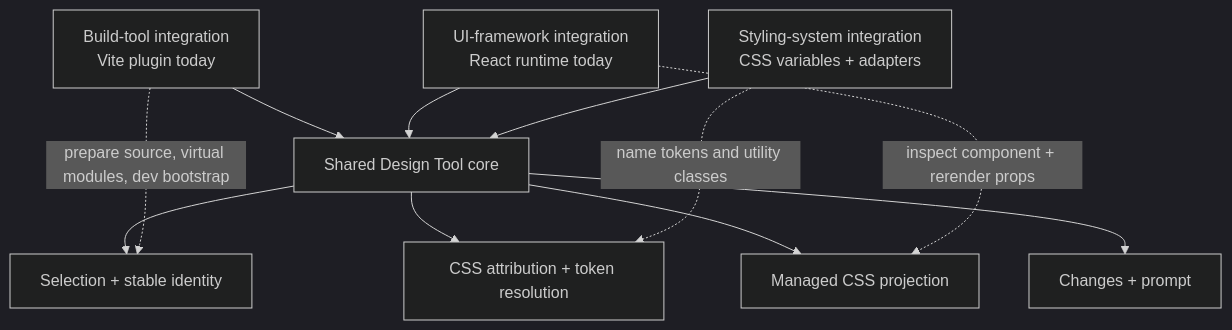
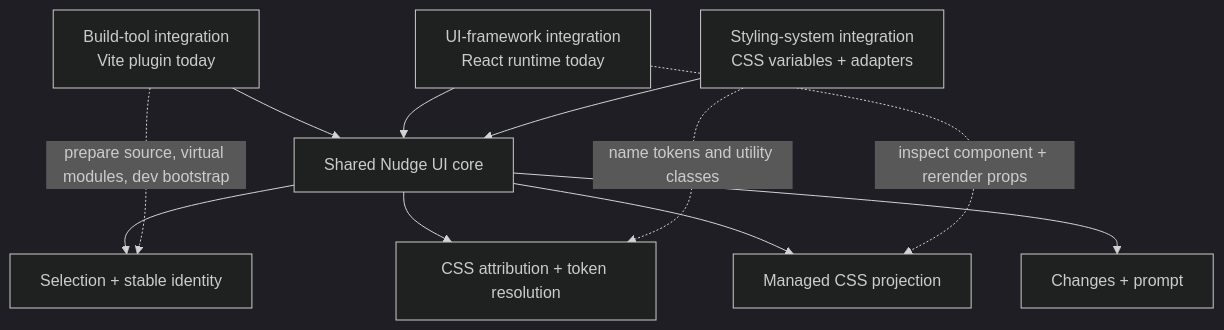
The seventh of 9 diagrams in docs/architecture/inspector-mental-model.md (charlessmart/nudge-ui), drawn with Mermaid (dark theme) before and after one commit. The commit also changed other lines of this file and 341 other files, not shown here.

Commit message:
refactor: rename Design Tool to Nudge UI

````diff
--- a/docs/architecture/inspector-mental-model.md
+++ b/docs/architecture/inspector-mental-model.md
@@ -252,15 +252,15 @@
 ```mermaid
 flowchart TB
-  BT["Build-tool integration\nVite plugin today"] --> Core["Shared Design Tool core"]
+  BT["Build-tool integration\nVite plugin today"] --> Core["Shared Nudge UI core"]
   UI["UI-framework integration\nReact runtime today"] --> Core
   ST["Styling-system integration\nCSS variables + adapters"] --> Core
 
   Core --> Select["Selection + stable identity"]
   Core --> Explain["CSS attribution + token resolution"]
   Core --> Preview["Managed CSS projection"]
   Core --> Handoff["Changes + prompt"]
 
   BT -. "prepare source, virtual modules, dev bootstrap" .-> Select
   UI -. "inspect component + rerender props" .-> Preview
   ST -. "name tokens and utility classes" .-> Explain
 ```
````
